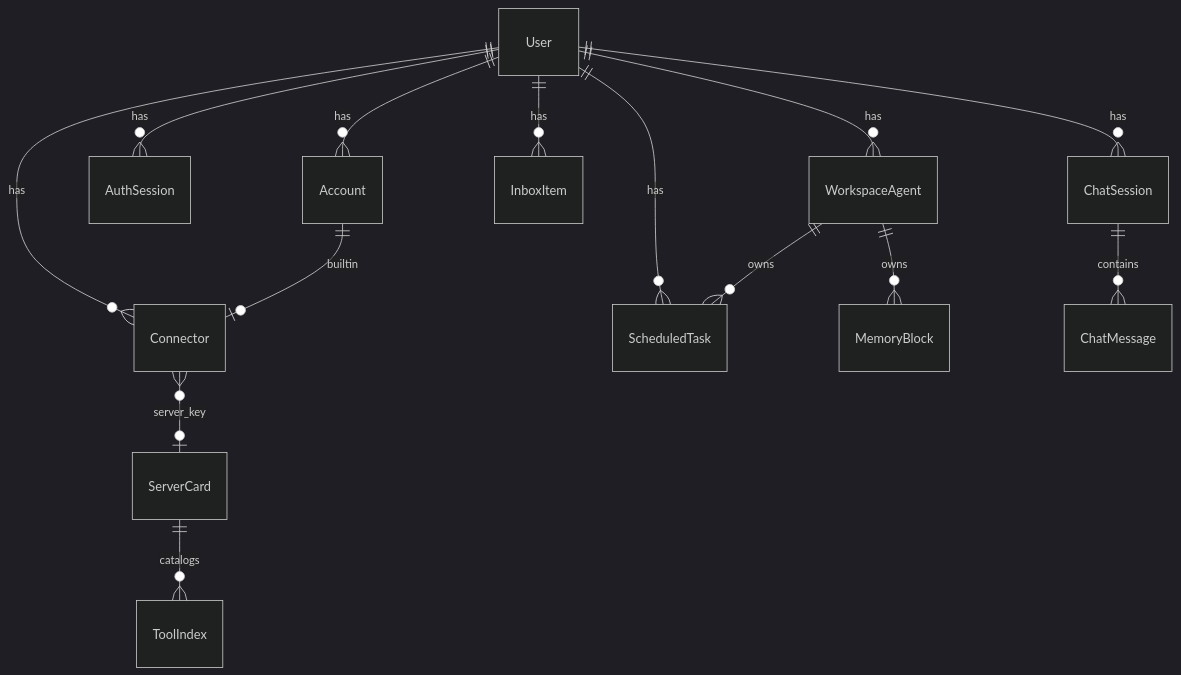
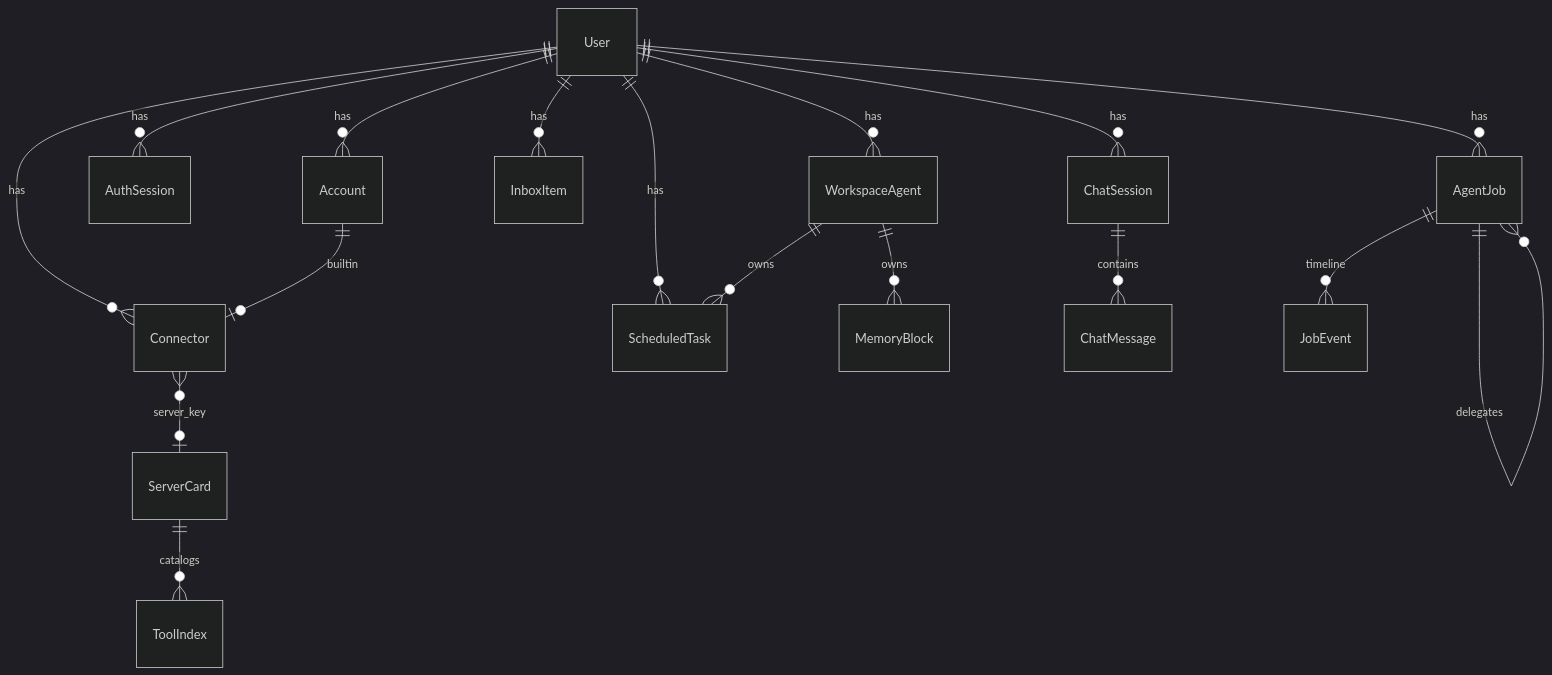
Before and after one commit to specialshweta26/Checkme: the second of 4 diagrams in docs/LLD.md, drawn with Mermaid (dark theme). The commit also changed other lines of this file and 19 other files, not shown here.

Commit message:
Run coding work as background jobs with a live timeline and approvals

````diff
--- a/docs/LLD.md
+++ b/docs/LLD.md
@@ -86,16 +86,19 @@
 ```mermaid
 erDiagram
   User ||--o{ Account : has
   User ||--o{ AuthSession : has
   User ||--o{ Connector : has
   User ||--o{ ChatSession : has
   User ||--o{ InboxItem : has
   User ||--o{ ScheduledTask : has
   User ||--o{ WorkspaceAgent : has
   WorkspaceAgent ||--o{ ScheduledTask : owns
   WorkspaceAgent ||--o{ MemoryBlock : owns
   Account ||--o| Connector : builtin
   Connector }o--o| ServerCard : server_key
   ServerCard ||--o{ ToolIndex : catalogs
   ChatSession ||--o{ ChatMessage : contains
+  User ||--o{ AgentJob : has
+  AgentJob ||--o{ AgentJob : delegates
+  AgentJob ||--o{ JobEvent : timeline
 ```
````
